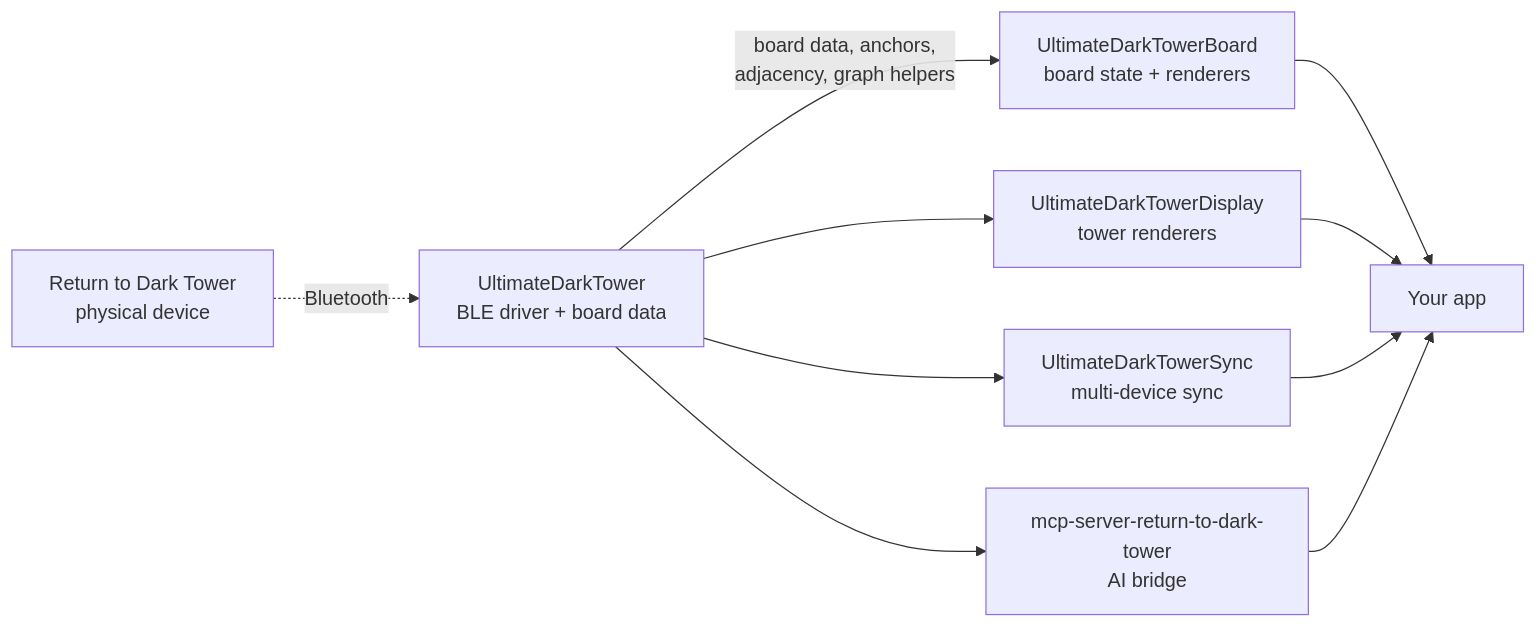
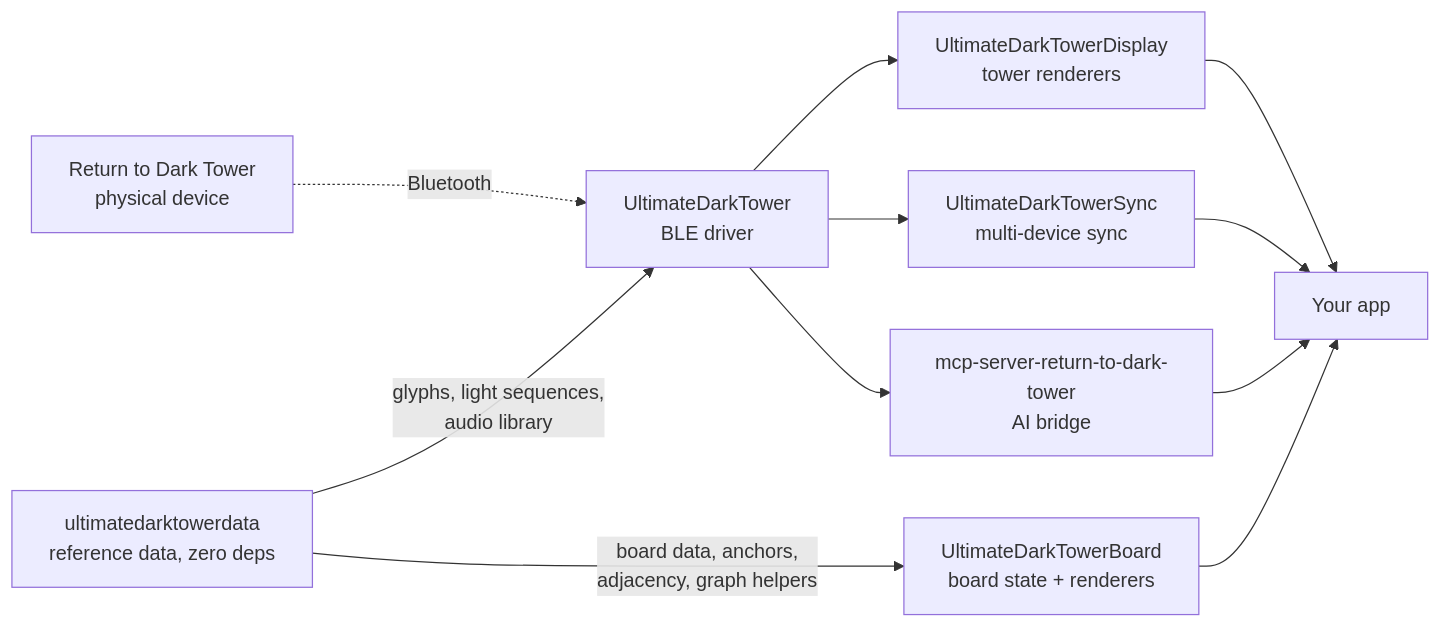
One commit to ChessMess/UltimateDarkTower changed the diagram in packages/core/docs/ECOSYSTEM.md. Above: the diagram before and after it, drawn with Mermaid. The commit also changed other lines of this file and 138 other files, not shown here.

````diff
--- a/packages/core/docs/ECOSYSTEM.md
+++ b/packages/core/docs/ECOSYSTEM.md
@@ -81,20 +91,22 @@
 ```mermaid
 flowchart LR
   Tower[Return to Dark Tower<br/>physical device]
-  UDT[UltimateDarkTower<br/>BLE driver + board data]
+  UDT[UltimateDarkTower<br/>BLE driver]
+  Data[ultimatedarktowerdata<br/>reference data, zero deps]
   Display[UltimateDarkTowerDisplay<br/>tower renderers]
   Board[UltimateDarkTowerBoard<br/>board state + renderers]
   Sync[UltimateDarkTowerSync<br/>multi-device sync]
   MCP[mcp-server-return-to-dark-tower<br/>AI bridge]
   YourApp[Your app]
 
   Tower -. Bluetooth .-> UDT
+  Data -- glyphs, light sequences,<br/>audio library --> UDT
+  Data -- board data, anchors,<br/>adjacency, graph helpers --> Board
   UDT --> Display
-  UDT -- board data, anchors,<br/>adjacency, graph helpers --> Board
   UDT --> Sync
   UDT --> MCP
   Board --> YourApp
   Display --> YourApp
   Sync --> YourApp
   MCP --> YourApp
 ```
````
